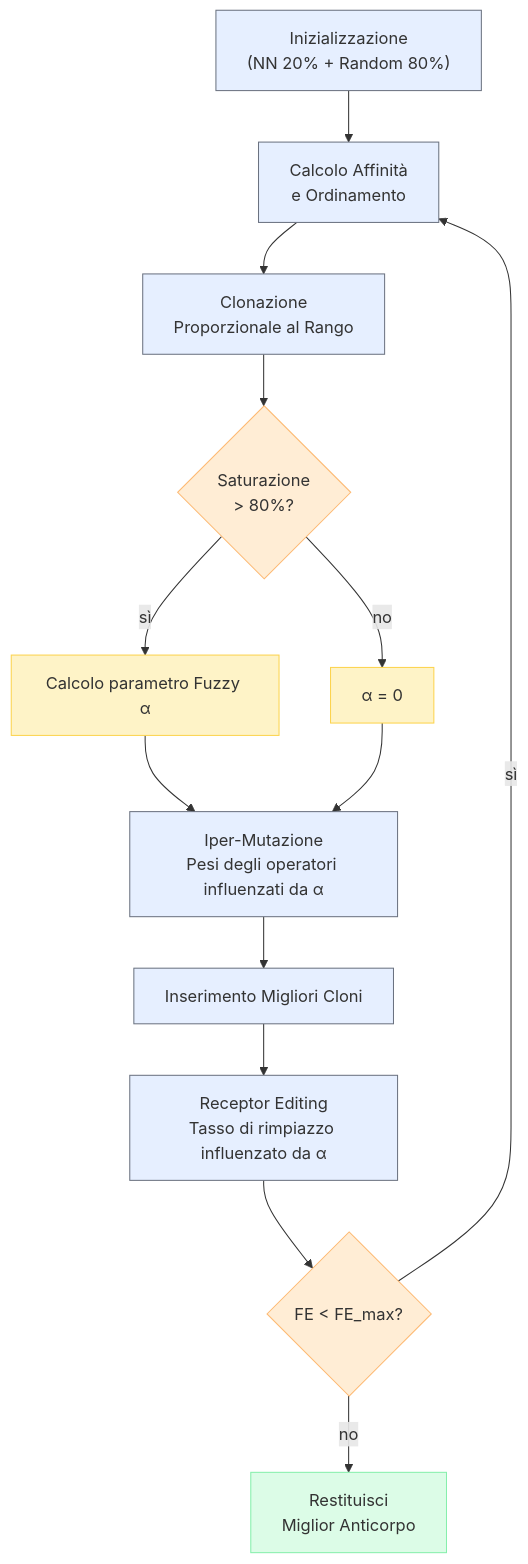
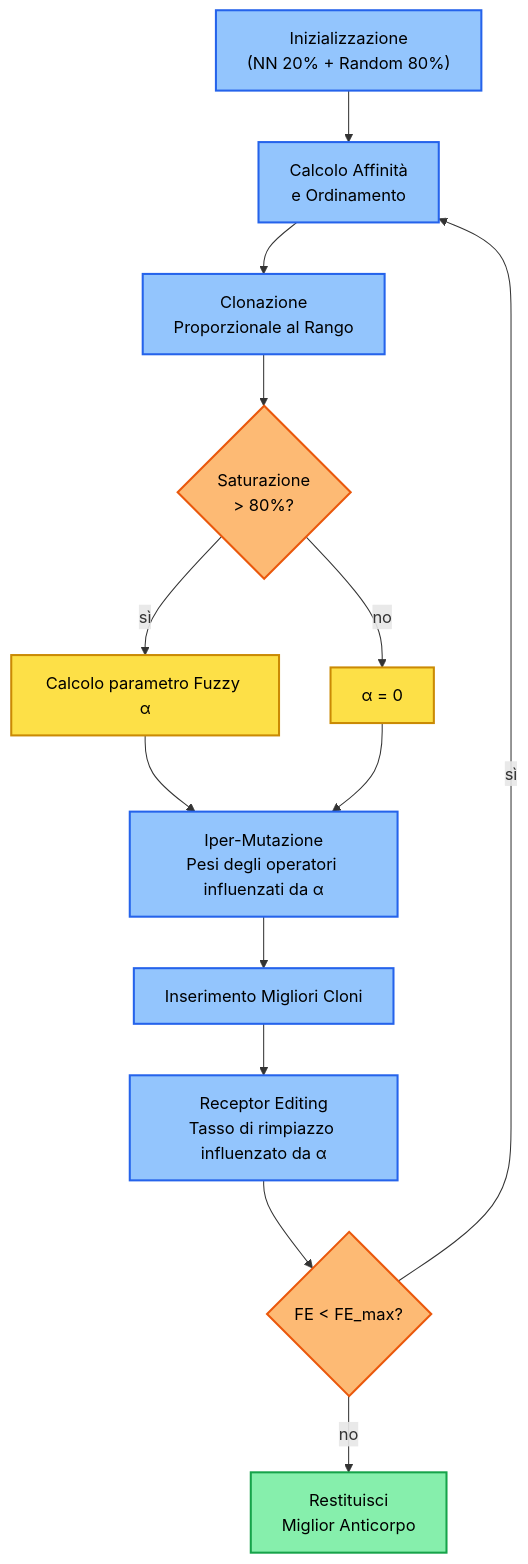
Before and after one commit to MaccarroneAlessia/Capacitated-Vehicle-Routing-Problem: the diagram in doc/REPORT.md, drawn with Mermaid.

````diff
--- a/doc/REPORT.md
+++ b/doc/REPORT.md
@@ -56,34 +56,34 @@
 ```mermaid
 graph TD
     A["Inizializzazione<br>(NN 20% + Random 80%)"] --> B["Calcolo Affinità<br>e Ordinamento"]
     B --> C["Clonazione<br>Proporzionale al Rango"]
     
     C --> D{"Saturazione<br>> 80%?"}
     
     D -- "sì" --> E["Calcolo parametro Fuzzy α"]
     D -- "no" --> F["α = 0"]
     
     E --> G
     F --> G
     
     G["Iper-Mutazione<br>Pesi degli operatori influenzati da α"] --> H["Inserimento Migliori Cloni"]
     
     H --> I["Receptor Editing<br>Tasso di rimpiazzo influenzato da α"]
     
     I --> J{"FE < FE_max?"}
     J -- "sì" --> B
     J -- "no" --> K["Restituisci<br>Miglior Anticorpo"]
 
-    %% Colori
-    style A fill:#e6efff,stroke:#6b7280
-    style B fill:#e6efff,stroke:#6b7280
-    style C fill:#e6efff,stroke:#6b7280
-    style D fill:#ffedd5,stroke:#fdba74
-    style E fill:#fef3c7,stroke:#fcd34d
-    style F fill:#fef3c7,stroke:#fcd34d
-    style G fill:#e6efff,stroke:#6b7280
-    style H fill:#e6efff,stroke:#6b7280
-    style I fill:#e6efff,stroke:#6b7280
-    style J fill:#ffedd5,stroke:#fdba74
-    style K fill:#dcfce7,stroke:#86efac
+    %% Colori Vivaci con Testo Nero
+    style A fill:#93c5fd,stroke:#2563eb,stroke-width:2px,color:#000000
+    style B fill:#93c5fd,stroke:#2563eb,stroke-width:2px,color:#000000
+    style C fill:#93c5fd,stroke:#2563eb,stroke-width:2px,color:#000000
+    style D fill:#fdba74,stroke:#ea580c,stroke-width:2px,color:#000000
+    style E fill:#fde047,stroke:#ca8a04,stroke-width:2px,color:#000000
+    style F fill:#fde047,stroke:#ca8a04,stroke-width:2px,color:#000000
+    style G fill:#93c5fd,stroke:#2563eb,stroke-width:2px,color:#000000
+    style H fill:#93c5fd,stroke:#2563eb,stroke-width:2px,color:#000000
+    style I fill:#93c5fd,stroke:#2563eb,stroke-width:2px,color:#000000
+    style J fill:#fdba74,stroke:#ea580c,stroke-width:2px,color:#000000
+    style K fill:#86efac,stroke:#16a34a,stroke-width:2px,color:#000000
 ```
````
